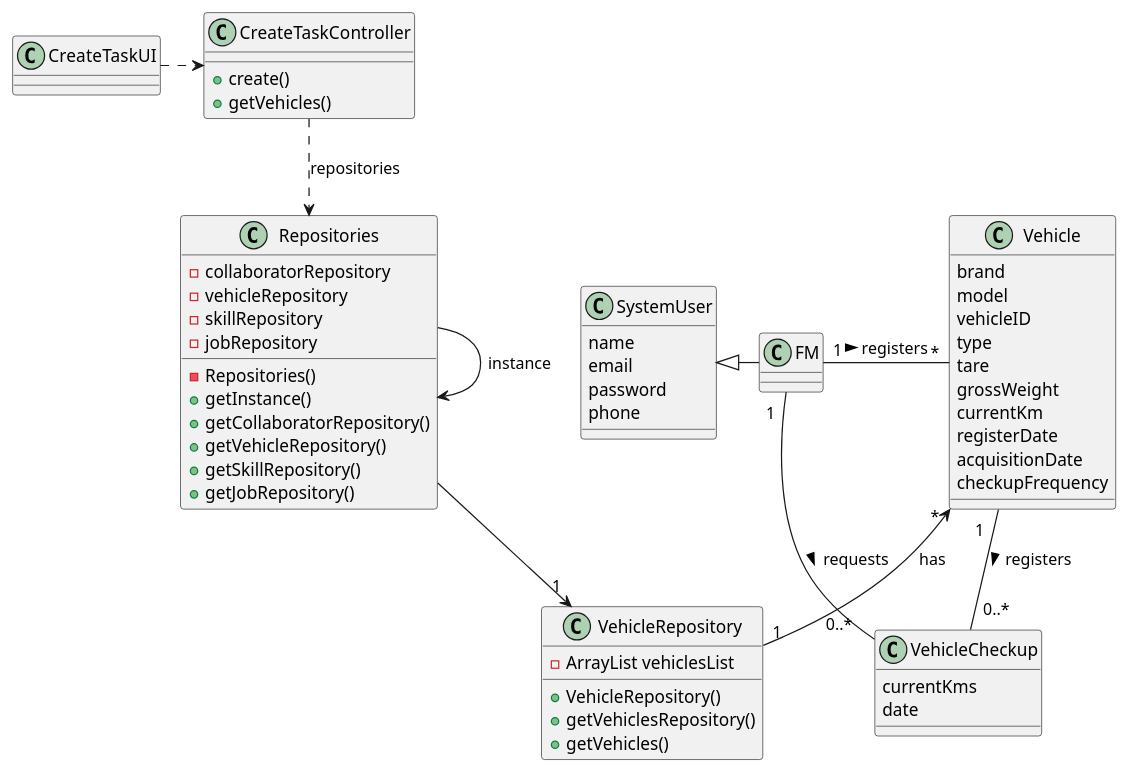
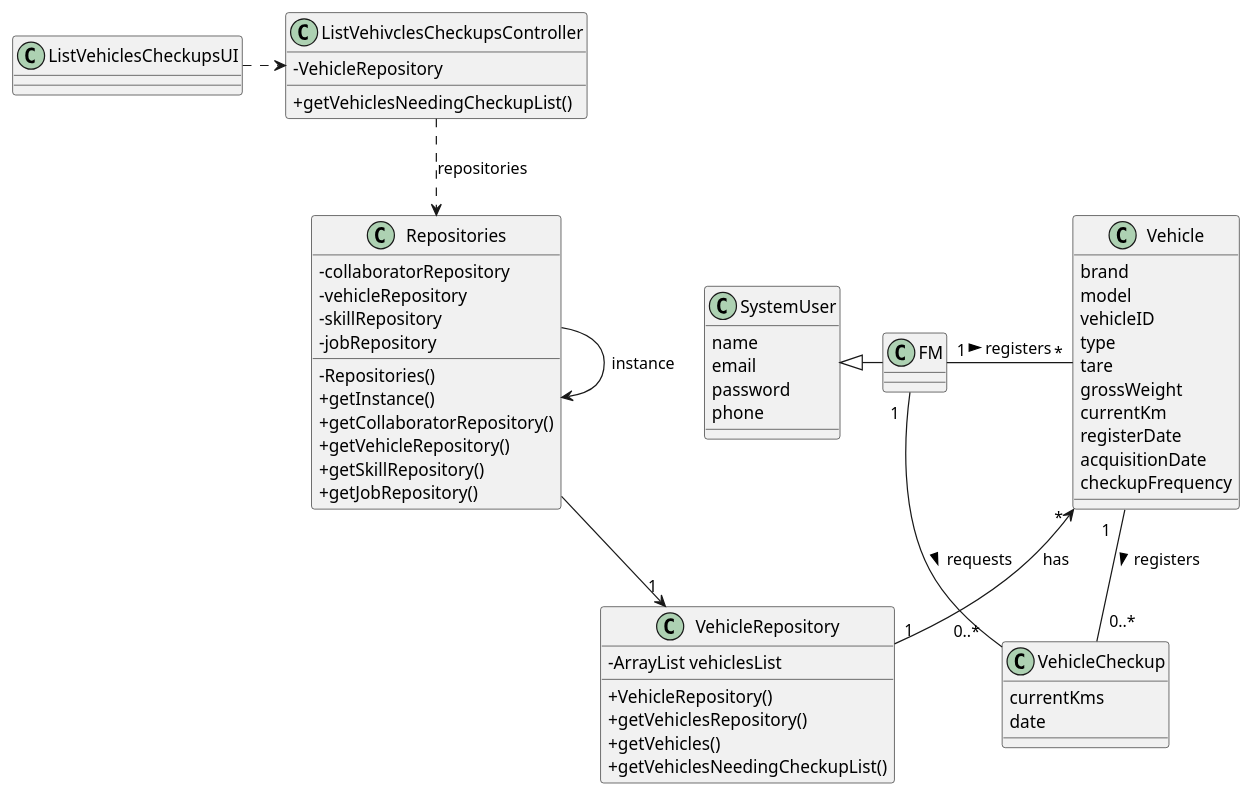
The diagram in docs/sprintB/us008/03.design/puml/us008-class-diagram.puml (Departamento-de-Engenharia-Informatica/lei-24-s2-1do-g164), drawn with PlantUML before and after one commit. The commit also changed 1 other file, not shown here.

```diff
--- a/docs/sprintB/us008/03.design/puml/us008-class-diagram.puml
+++ b/docs/sprintB/us008/03.design/puml/us008-class-diagram.puml
@@ -1,79 +1,82 @@
 @startuml
+skinparam classAttributeIconSize 0
 skinparam monochrome false
 skinparam packageStyle rectangle
 skinparam shadowing false
 skinparam linetype polyline
 skinparam linetype orto
 class Vehicle {
         brand
         model
         vehicleID
         type
         tare
         grossWeight
         currentKm
         registerDate
         acquisitionDate
         checkupFrequency
 
 }
 
 class VehicleCheckup {
     currentKms
     date
 
 }
 
 
 class SystemUser {
     name
     email
     password
     phone
 }
 
 class VehicleRepository {
     - ArrayList vehiclesList
     + VehicleRepository()
     + getVehiclesRepository()
     + getVehicles()
+    + getVehiclesNeedingCheckupList()
 }
 
 
 class Repositories {
     - collaboratorRepository
     - vehicleRepository
     - skillRepository
     - jobRepository
 
     - Repositories()
     + getInstance()
     + getCollaboratorRepository()
     + getVehicleRepository()
     + getSkillRepository()
     + getJobRepository()
 
 }
 
 
-class CreateTaskController {
-  + create()
-  + getVehicles()
+class ListVehivclesCheckupsController {
+-VehicleRepository
+  + getVehiclesNeedingCheckupList()
+
 }
 
 
 
-CreateTaskUI .> CreateTaskController
+ListVehiclesCheckupsUI .> ListVehivclesCheckupsController
 
 
 Repositories -->"1" VehicleRepository
 Repositories -> Repositories : instance
-CreateTaskController ..> Repositories : repositories
+ListVehivclesCheckupsController ..> Repositories : repositories
 Vehicle "*" <-- "1" VehicleRepository : has
 
 
 FM "1" - "*" Vehicle : registers >
 Vehicle "1   " -- "0..*                        " VehicleCheckup : registers >
 FM "           1 " - "0..*   " VehicleCheckup : requests >
 SystemUser <|- FM
 @enduml
```
